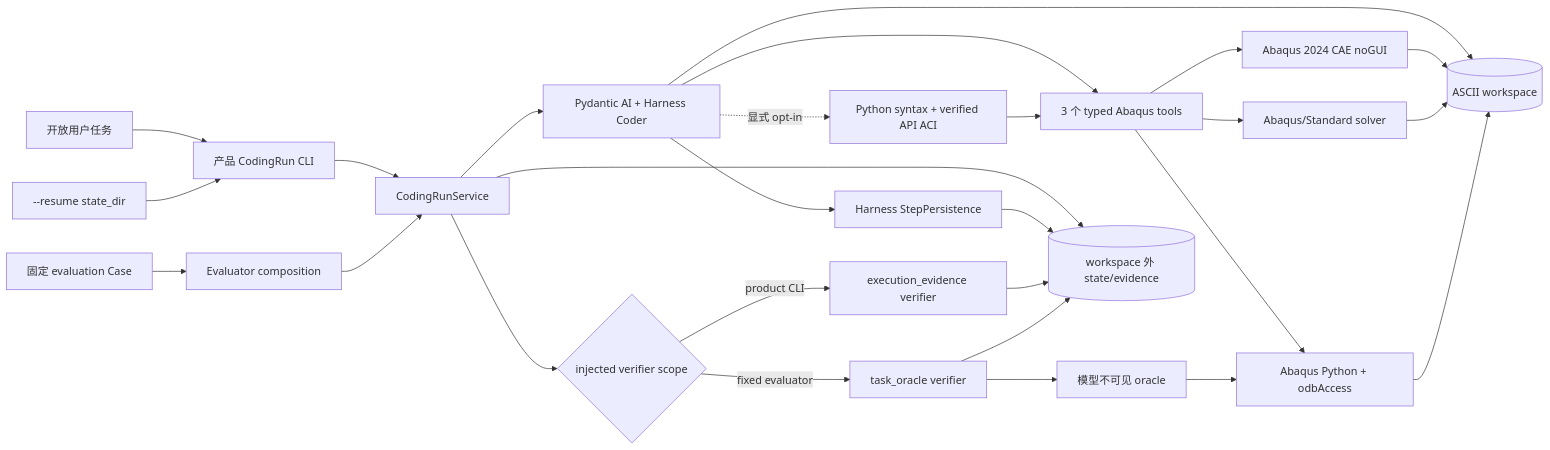
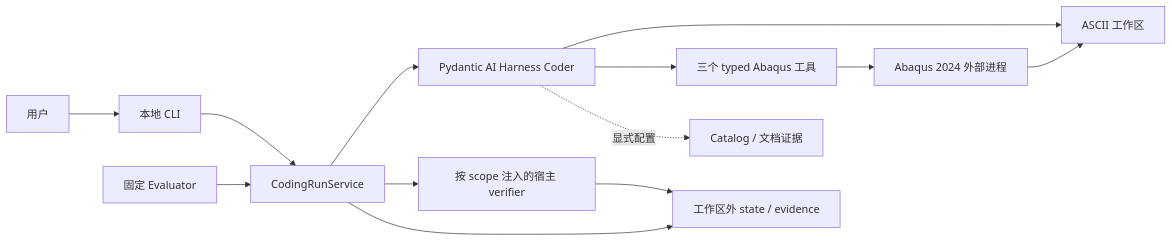
One commit to Misty02600/abaqus-sim-agent changed the diagram in docs/architecture/overview.md. Above: the diagram before and after it, drawn with Mermaid. The commit also changed other lines of this file and 22 other files, not shown here.

````diff
--- a/docs/architecture/overview.md
+++ b/docs/architecture/overview.md
@@ -190,29 +48,15 @@
 ```mermaid
 flowchart LR
-    User["开放用户任务"] --> CLI["产品 CodingRun CLI"]
-    Resume["--resume state_dir"] --> CLI
-    Gold["固定 evaluation Case"] --> Eval["Evaluator composition"]
-    CLI --> Service["CodingRunService"]
-    Eval --> Service
-    Service --> Agent["Pydantic AI + Harness Coder"]
-    Agent --> Steps["Harness StepPersistence"]
-    Agent --> Workspace[("ASCII workspace")]
-    Agent --> Tools["3 个 typed Abaqus tools"]
-    Agent -. "显式 opt-in" .-> Static["Python syntax + verified API ACI"]
-    Static --> Tools
-    Tools --> CAE["Abaqus 2024 CAE noGUI"]
-    Tools --> Solver["Abaqus/Standard solver"]
-    Tools --> OdbPy["Abaqus Python + odbAccess"]
-    CAE --> Workspace
-    Solver --> Workspace
-    OdbPy --> Workspace
-    Service --> Scope{"injected verifier scope"}
-    Scope -- "product CLI" --> ExecVerifier["execution_evidence verifier"]
-    Scope -- "fixed evaluator" --> OracleVerifier["task_oracle verifier"]
-    OracleVerifier --> Trusted["模型不可见 oracle"]
-    Trusted --> OdbPy
-    Service --> State[("workspace 外 state/evidence")]
-    Steps --> State
-    ExecVerifier --> State
-    OracleVerifier --> State
+    User[用户] --> CLI[本地 CLI]
+    CLI --> Host[CodingRunService]
+    Eval[固定 Evaluator] --> Host
+    Host --> Coder[Pydantic AI Harness Coder]
+    Coder --> Workspace[ASCII 工作区]
+    Coder --> Tools[三个 typed Abaqus 工具]
+    Coder -. 显式配置 .-> Knowledge[Catalog / 文档证据]
+    Tools --> Abaqus[Abaqus 2024 外部进程]
+    Abaqus --> Workspace
+    Host --> Verify[按 scope 注入的宿主 verifier]
+    Host --> State[工作区外 state / evidence]
+    Verify --> State
 ```
````
